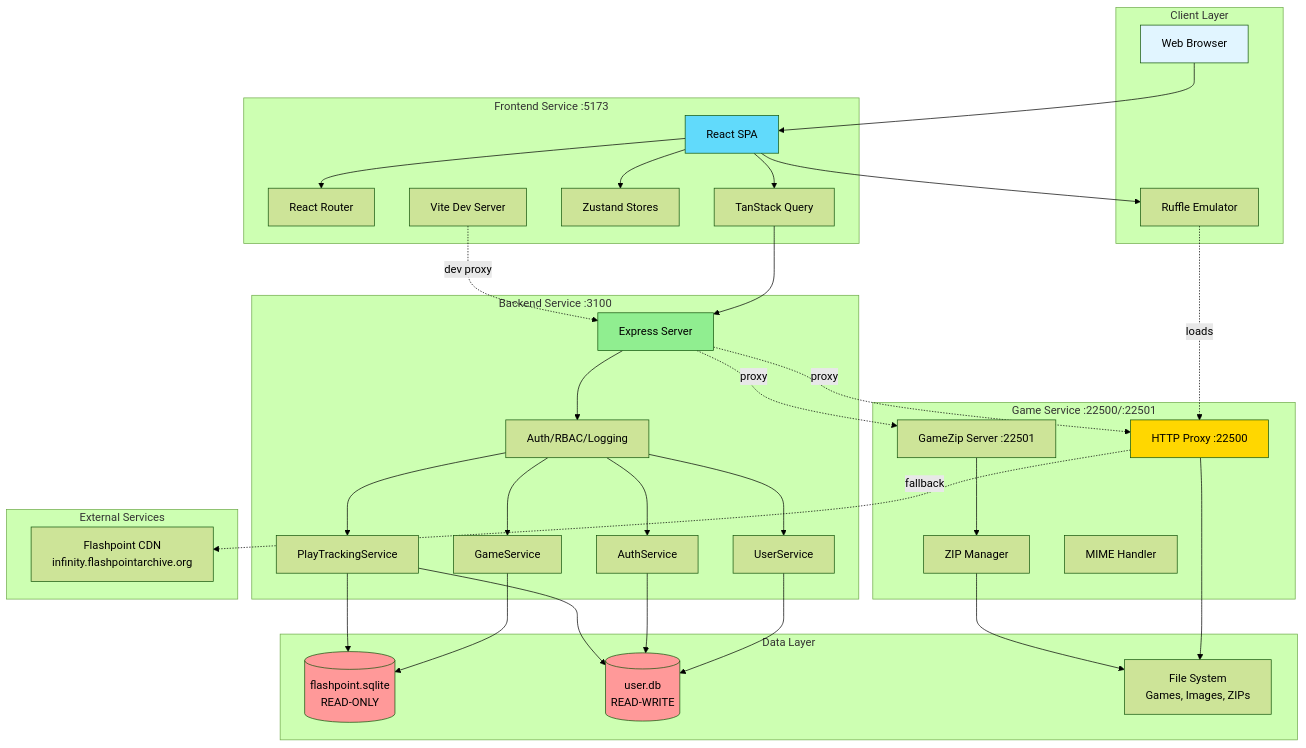
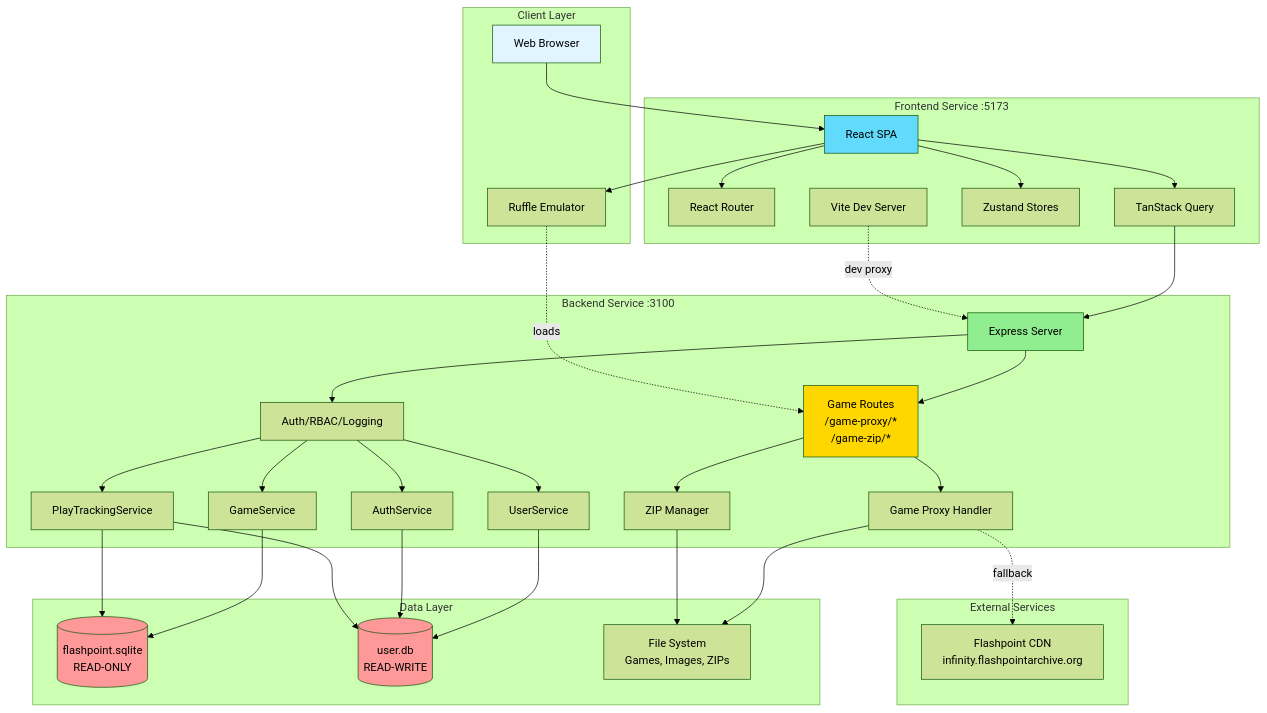
One commit to darkraise/flashpoint-web changed the first of 3 diagrams in docs/02-architecture/system-architecture.md. Above: the diagram before and after it, drawn with Mermaid (forest theme). The commit also changed other lines of this file and 252 other files, not shown here.

````diff
--- a/docs/02-architecture/system-architecture.md
+++ b/docs/02-architecture/system-architecture.md
@@ -11,79 +13,74 @@
 ```mermaid
 graph TB
     subgraph "Client Layer"
         Browser[Web Browser]
         Ruffle[Ruffle Emulator]
     end
 
     subgraph "Frontend Service :5173"
         React[React SPA]
         Router[React Router]
         Query[TanStack Query]
         Zustand[Zustand Stores]
         Vite[Vite Dev Server]
     end
 
     subgraph "Backend Service :3100"
         Express[Express Server]
         GameSvc[GameService]
         UserSvc[UserService]
         AuthSvc[AuthService]
         PlaySvc[PlayTrackingService]
         Middleware[Auth/RBAC/Logging]
-    end
-
-    subgraph "Game Service :22500/:22501"
-        ProxyServer[HTTP Proxy :22500]
-        ZipServer[GameZip Server :22501]
+        ProxyHandler[Game Proxy Handler]
         ZipManager[ZIP Manager]
-        MimeHandler[MIME Handler]
+        GameRoutes[Game Routes<br/>/game-proxy/*<br/>/game-zip/*]
     end
 
     subgraph "Data Layer"
         FlashpointDB[(flashpoint.sqlite<br/>READ-ONLY)]
         UserDB[(user.db<br/>READ-WRITE)]
         FileSystem[File System<br/>Games, Images, ZIPs]
     end
 
     subgraph "External Services"
         CDN[Flashpoint CDN<br/>infinity.flashpointarchive.org]
     end
 
     Browser --> React
     React --> Router
     React --> Query
     React --> Zustand
     Query --> Express
 
     Express --> Middleware
     Middleware --> GameSvc
     Middleware --> UserSvc
     Middleware --> AuthSvc
     Middleware --> PlaySvc
+    Express --> GameRoutes
 
     GameSvc --> FlashpointDB
     UserSvc --> UserDB
     AuthSvc --> UserDB
     PlaySvc --> UserDB
     PlaySvc --> FlashpointDB
 
-    Express -.proxy.-> ProxyServer
-    Express -.proxy.-> ZipServer
-
-    ProxyServer --> FileSystem
-    ProxyServer -.fallback.-> CDN
-    ZipServer --> ZipManager
+    GameRoutes --> ProxyHandler
+    GameRoutes --> ZipManager
+    ProxyHandler --> FileSystem
+    ProxyHandler -.fallback.-> CDN
     ZipManager --> FileSystem
 
     React --> Ruffle
-    Ruffle -.loads.-> ProxyServer
+    Ruffle -.loads.-> GameRoutes
 
     Vite -.dev proxy.-> Express
 
     style Browser fill:#e1f5ff
     style React fill:#61dafb
     style Express fill:#90ee90
-    style ProxyServer fill:#ffd700
+    style GameRoutes fill:#ffd700
     style FlashpointDB fill:#ff9999
     style UserDB fill:#ff9999
 ```
````
